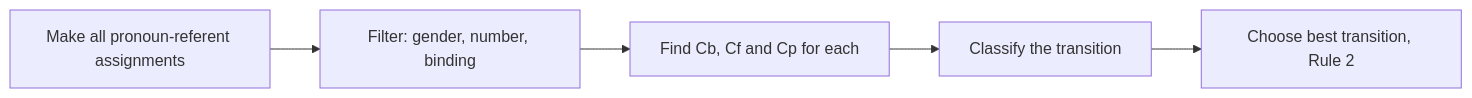
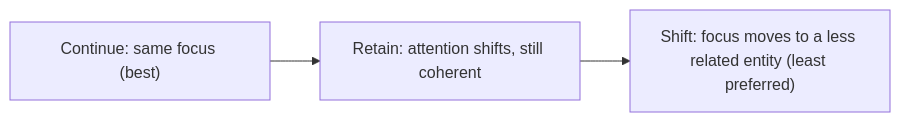
Before and after one commit to TrendySloth1001/sem-seven-notes: the diagram in content/natural-language-processing/pyq/2023-05-ce/q4b.mdx, drawn with Mermaid. The commit also changed other lines of this file and 406 other files, not shown here.

Commit message:
Rewrite all NLP notes and answers from the teachers' class files and add both class assignments with solutions. They cite only the class notes, solved PYQs, assignment solution and Module 6 slides, use 67 class figures, and drop the web references and Wikimedia images.

````diff
--- a/content/natural-language-processing/pyq/2023-05-ce/q4b.mdx
+++ b/content/natural-language-processing/pyq/2023-05-ce/q4b.mdx
@@ -29,8 +20,6 @@
 ```mermaid
-%% caption: The centering algorithm tries every pronoun-to-antecedent assignment and keeps the one with the best transition.
+%% caption: The preference order of Centering transitions.
 flowchart LR
-  A["Make all pronoun-referent assignments"] --> B["Filter: gender, number, binding"]
-  B --> C["Find Cb, Cf and Cp for each"]
-  C --> D["Classify the transition"]
-  D --> E["Choose best transition, Rule 2"]
+  A["Continue: same focus (best)"] --> B["Retain: attention shifts, still coherent"]
+  B --> C["Shift: focus moves to a less related entity (least preferred)"]
 ```
````
